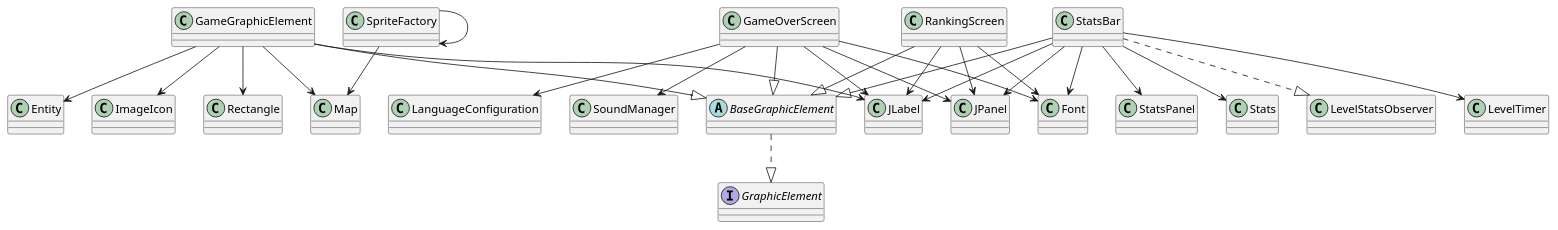
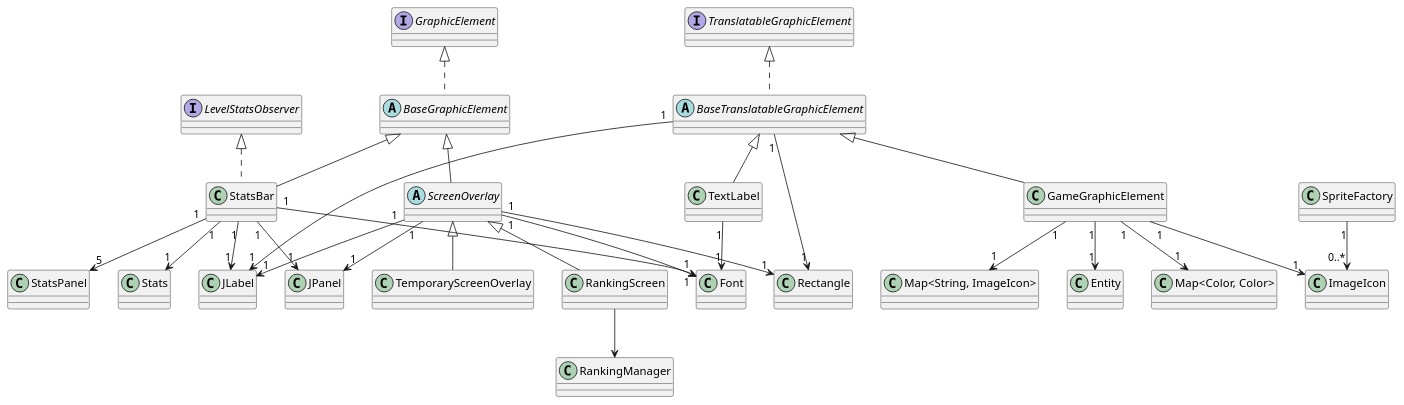
Before and after one commit to giuli635/SuperMarioBros: the diagram in Diagramas/diagramas/Reducido parcial/PaqueteGraphics.puml, drawn with PlantUML. The commit also changed 8 other files, not shown here.

Commit message:
Correcciones a los diagramas

```diff
--- a/Diagramas/diagramas/Reducido parcial/PaqueteGraphics.puml
+++ b/Diagramas/diagramas/Reducido parcial/PaqueteGraphics.puml
@@ -1,36 +1,43 @@
 @startuml
 interface GraphicElement
-BaseGraphicElement ..|> GraphicElement
+interface TranslatableGraphicElement
+interface LevelStatsObserver
 abstract class BaseGraphicElement
-GameGraphicElement --|> BaseGraphicElement
-GameGraphicElement --> Entity
-GameGraphicElement --> JLabel
-GameGraphicElement --> ImageIcon
-GameGraphicElement --> Rectangle
-GameGraphicElement --> Map
-class GameGraphicElement
-GameOverScreen --|> BaseGraphicElement
-GameOverScreen --> LanguageConfiguration
-GameOverScreen --> SoundManager
-GameOverScreen --> JPanel
-GameOverScreen --> JLabel
-GameOverScreen --> Font
-class GameOverScreen
-RankingScreen --|> BaseGraphicElement
-RankingScreen --> JPanel
-RankingScreen --> JLabel
-RankingScreen --> Font
-class RankingScreen
-StatsBar --|> BaseGraphicElement
-StatsBar ..|> LevelStatsObserver
-StatsBar --> LevelTimer
-StatsBar --> JPanel
-StatsBar --> JLabel
-StatsBar --> StatsPanel
-StatsBar --> Stats
-StatsBar --> Font
-class StatsBar
-SpriteFactory --> SpriteFactory
-SpriteFactory --> Map
-class SpriteFactory
+abstract class ScreenOverlay 
+abstract class BaseTranslatableGraphicElement
+BaseGraphicElement .u.|> GraphicElement
+
+BaseTranslatableGraphicElement .u.|> TranslatableGraphicElement
+BaseTranslatableGraphicElement "1" --> "1" Rectangle
+BaseTranslatableGraphicElement "1" --> "1" JLabel
+
+GameGraphicElement -u-|> BaseTranslatableGraphicElement
+GameGraphicElement "1" --> "1" Entity
+GameGraphicElement "1" --> "1" ImageIcon
+GameGraphicElement "1" --> "1" "Map<Color, Color>"
+GameGraphicElement "1" --> "1" "Map<String, ImageIcon>"
+
+ScreenOverlay -u-|> BaseGraphicElement
+ScreenOverlay "1" --> "1" JPanel
+ScreenOverlay "1" --> "1" JLabel
+ScreenOverlay "1" --> "1" Font
+ScreenOverlay "1" --> "1" Rectangle
+
+TemporaryScreenOverlay -u-|> ScreenOverlay
+
+RankingScreen -u-|> ScreenOverlay
+RankingScreen --> RankingManager
+
+StatsBar -u-|> BaseGraphicElement
+StatsBar .u.|> LevelStatsObserver
+StatsBar "1"  --> "1" JPanel
+StatsBar "1" --> "1" JLabel
+StatsBar "1" --> "5" StatsPanel
+StatsBar "1" --> "1" Stats
+StatsBar "1" --> "1" Font
+
+TextLabel -u-|> BaseTranslatableGraphicElement
+TextLabel "1" --> "1" Font
+
+SpriteFactory "1" --> "0..*" ImageIcon
 @enduml
```
